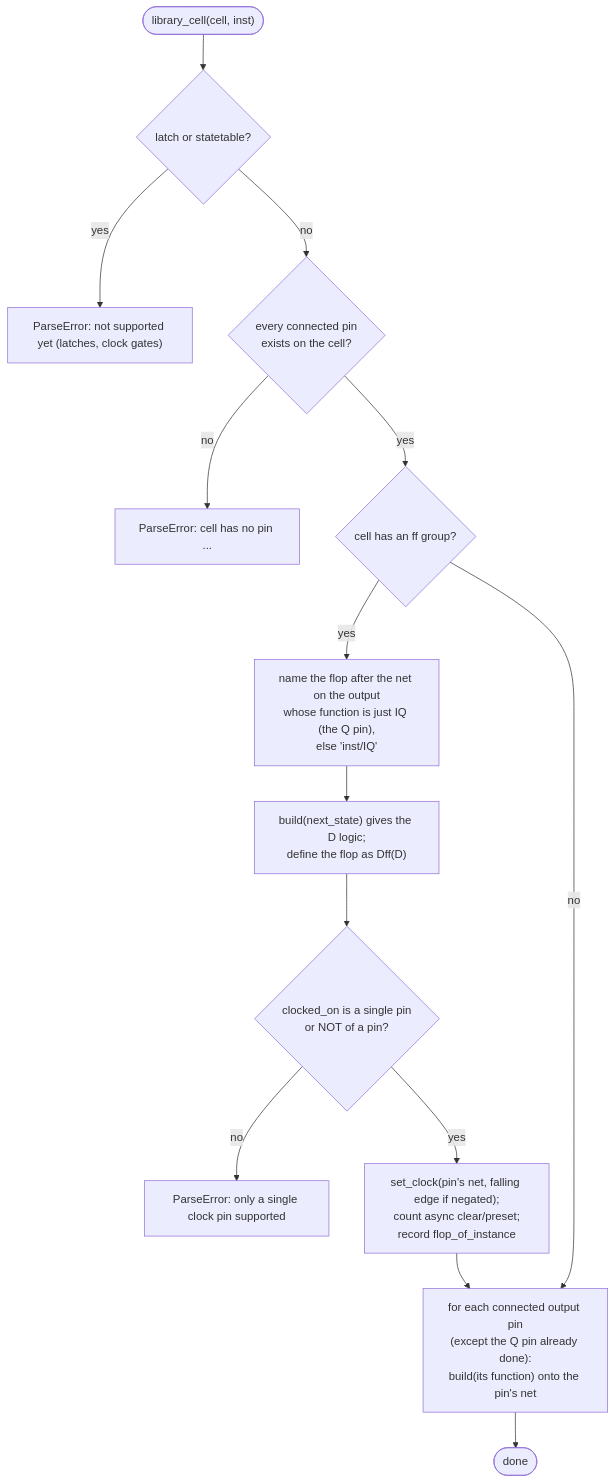
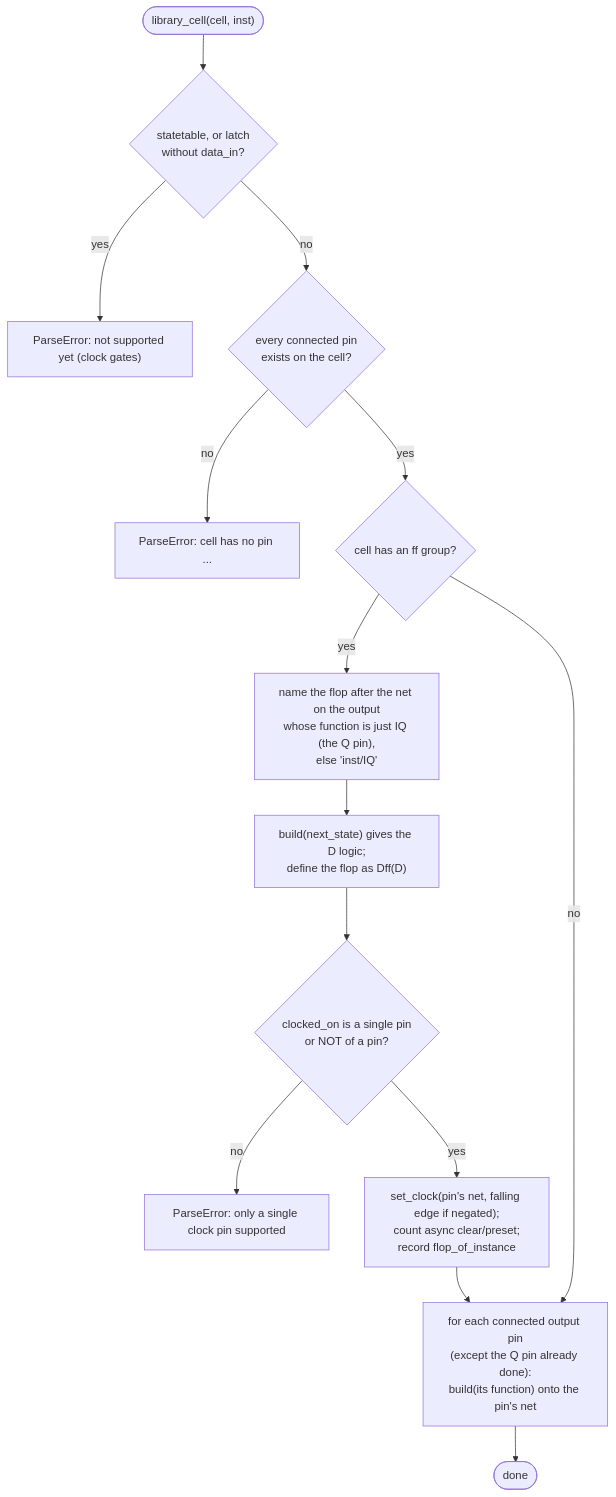
One commit to rithlean/rithereal changed the seventh of 9 diagrams in docs/modules/design.md. Above: the diagram before and after it, drawn with Mermaid. The commit also changed other lines of this file and 18 other files, not shown here.

````diff
--- a/docs/modules/design.md
+++ b/docs/modules/design.md
@@ -136,16 +136,16 @@
 ```mermaid
 flowchart TD
-  A(["library_cell(cell, inst)"]) --> B{"latch or statetable?"}
-  B -->|yes| X1["ParseError: not supported yet (latches, clock gates)"]
+  A(["library_cell(cell, inst)"]) --> B{"statetable, or latch<br/>without data_in?"}
+  B -->|yes| X1["ParseError: not supported yet (clock gates)"]
   B -->|no| C{"every connected pin<br/>exists on the cell?"}
   C -->|no| X2["ParseError: cell has no pin ..."]
   C -->|yes| D{"cell has an ff group?"}
   D -->|yes| E["name the flop after the net on the output<br/>whose function is just IQ (the Q pin),<br/>else 'inst/IQ'"]
   E --> F["build(next_state) gives the D logic;<br/>define the flop as Dff(D)"]
   F --> G{"clocked_on is a single pin<br/>or NOT of a pin?"}
   G -->|no| X3["ParseError: only a single clock pin supported"]
   G -->|yes| H["set_clock(pin's net, falling edge if negated);<br/>count async clear/preset;<br/>record flop_of_instance"]
   D -->|no| I
   H --> I["for each connected output pin<br/>(except the Q pin already done):<br/>build(its function) onto the pin's net"]
   I --> Z(["done"])
 ```
````
